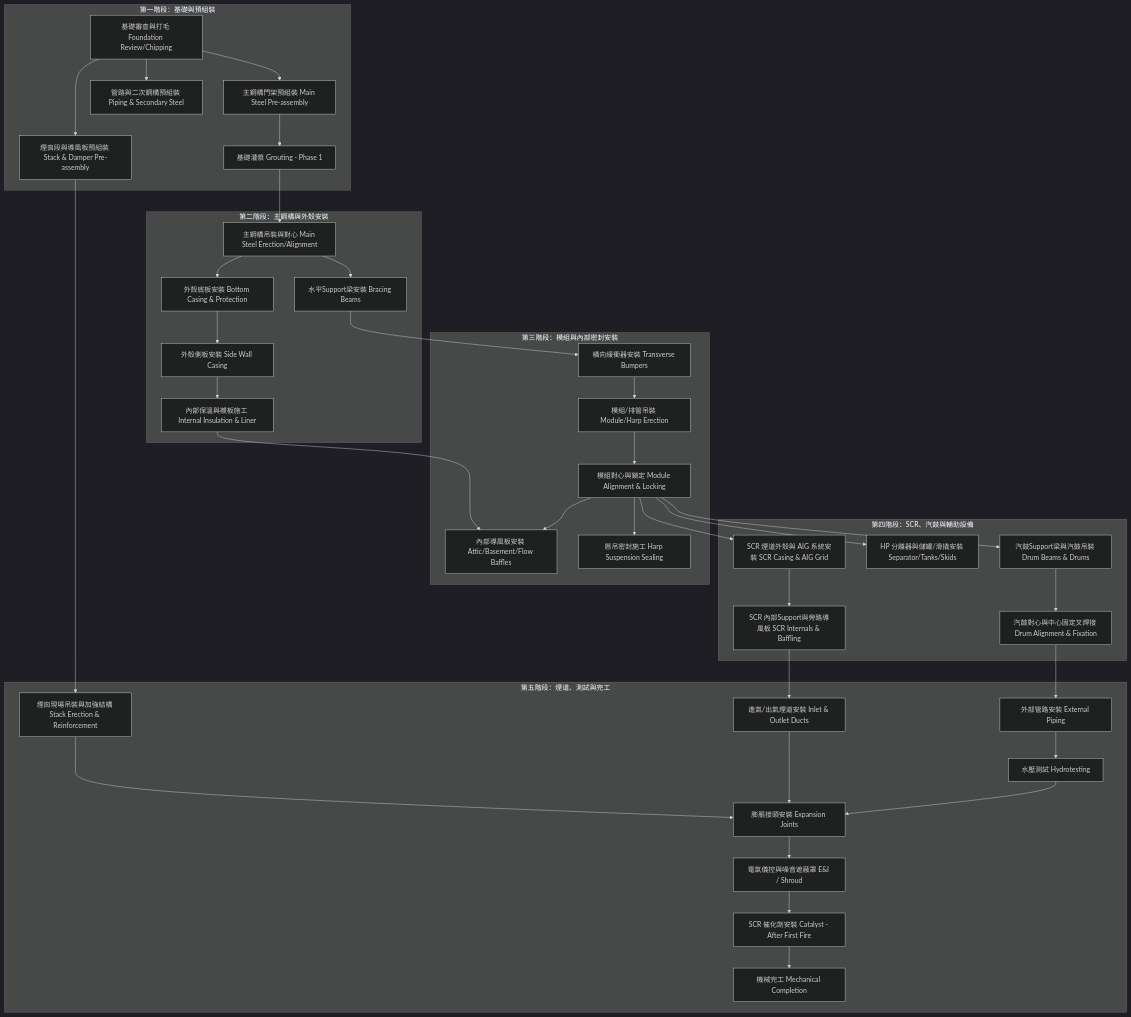
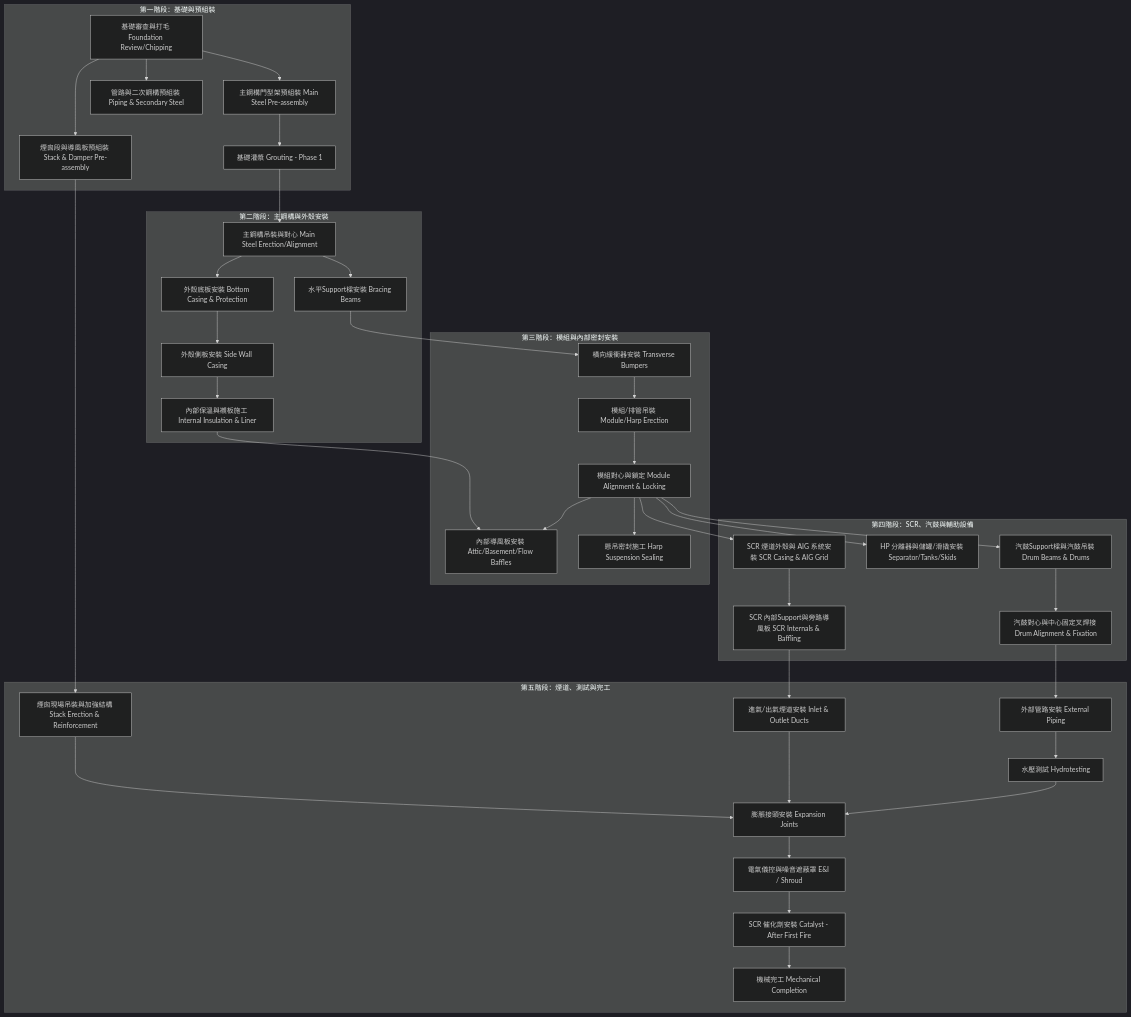
Before and after one commit to drogan-gas/KK: the diagram in WebWiki/HRSG_工序.md, drawn with Mermaid (dark theme). The commit also changed other lines of this file and 20 other files, not shown here.

````diff
--- a/WebWiki/HRSG_工序.md
+++ b/WebWiki/HRSG_工序.md
@@ -7,54 +8,54 @@
 ```mermaid
 graph TD
     %% Phase 1: Foundation & Pre-assembly
     subgraph P1 [第一階段：基礎與預組裝]
-        S1[基礎審查與打毛 Foundation Review/Chipping] --> S2[主鋼構門架預組裝 Main Steel Pre-assembly]
+        S1[基礎審查與打毛 Foundation Review/Chipping] --> S2[主鋼構門型架預組裝 Main Steel Pre-assembly]
         S1 --> S3[煙囪段與導風板預組裝 Stack & Damper Pre-assembly]
         S1 --> S4[管路與二次鋼構預組裝 Piping & Secondary Steel]
         S2 --> S5[基礎灌漿 Grouting - Phase 1]
     end
 
     %% Phase 2: Main Steel & Casing
     subgraph P2 [第二階段：主鋼構與外殼安裝]
         S5 --> S6[主鋼構吊裝與對心 Main Steel Erection/Alignment]
-        S6 --> S7[水平Support梁安裝 Bracing Beams]
+        S6 --> S7[水平Support樑安裝 Bracing Beams]
         S6 --> S8[外殼底板安裝 Bottom Casing & Protection]
         S8 --> S9[外殼側板安裝 Side Wall Casing]
         S9 --> S10[內部保溫與襯板施工 Internal Insulation & Liner]
     end
 
     %% Phase 3: Modules & Internal Sealing
     subgraph P3 [第三階段：模組與內部密封安裝]
         S7 --> S11[橫向緩衝器安裝 Transverse Bumpers]
         S11 --> S12[模組/排管吊裝 Module/Harp Erection]
         S12 --> S13[模組對心與鎖定 Module Alignment & Locking]
         S13 --> S14[內部導風板安裝 Attic/Basement/Flow Baffles]
         S13 --> S15[懸吊密封施工 Harp Suspension Sealing]
     end
 
     %% Phase 4: SCR, Drums & Vessels
     subgraph P4 [第四階段：SCR、汽鼓與輔助設備]
-        S13 --> S16[汽鼓Support梁與汽鼓吊裝 Drum Beams & Drums]
+        S13 --> S16[汽鼓Support樑與汽鼓吊裝 Drum Beams & Drums]
         S13 --> S17[HP 分離器與儲罐/滑撬安裝 Separator/Tanks/Skids]
         S13 --> S18[SCR 煙道外殼與 AIG 系統安裝 SCR Casing & AIG Grid]
         S18 --> S19[SCR 內部Support與旁路導風板 SCR Internals & Baffling]
         S16 --> S20[汽鼓對心與中心固定叉焊接 Drum Alignment & Fixation]
     end
 
     %% Phase 5: Exhaust, Testing & Completion
     subgraph P5 [第五階段：煙道、測試與完工]
         S19 --> S21[進氣/出氣煙道安裝 Inlet & Outlet Ducts]
         S3 --> S22[煙囪現場吊裝與加強結構 Stack Erection & Reinforcement]
         S20 --> S23[外部管路安裝 External Piping]
         S23 --> S24[水壓測試 Hydrotesting]
         S24 --> S25[膨脹接頭安裝 Expansion Joints]
         S25 --> S26[電氣儀控與噪音遮蔽罩 E&I / Shroud]
         S26 --> S27[SCR 催化劑安裝 Catalyst - After First Fire]
         S27 --> S28[機械完工 Mechanical Completion]
     end
 
     %% Key Links
     S10 --> S14
     S21 --> S25
     S22 --> S25
 ```
````
